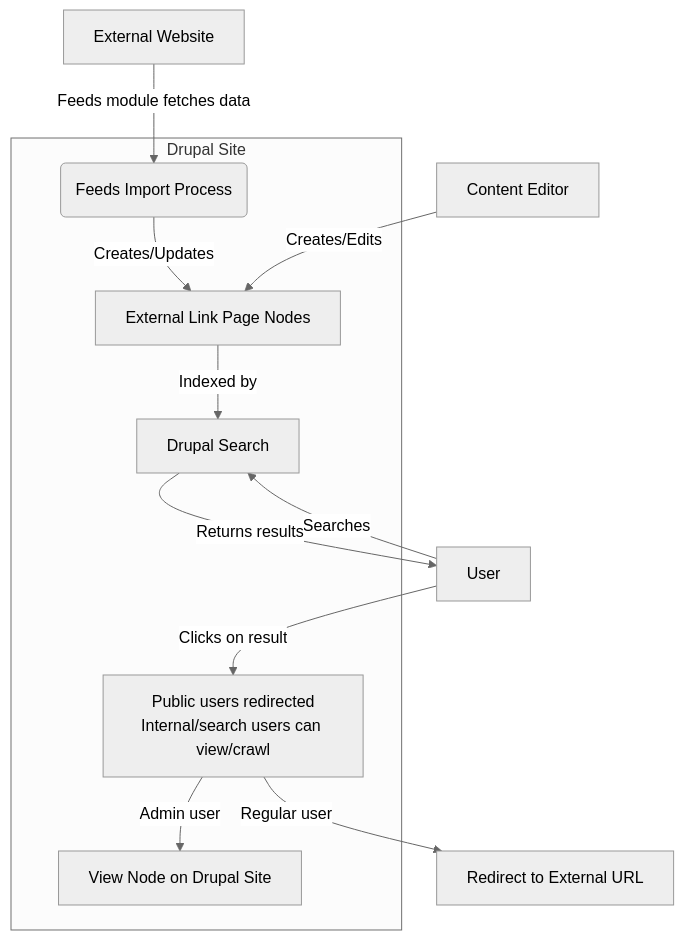
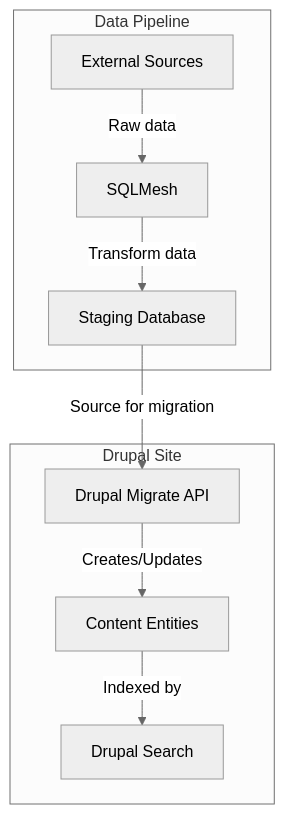
One commit to adonm/technology-outreach changed the diagram in Documents/DrupalImprovements.md. Above: the diagram before and after it, drawn with Mermaid (neutral theme). The commit also changed other lines of this file, not shown here.

First line of the commit message:
Update DrupalImprovements.md

````diff
--- a/Documents/DrupalImprovements.md
+++ b/Documents/DrupalImprovements.md
@@ -12,22 +7,20 @@
 ```mermaid
 graph TD
-    A[External Website] -->|Feeds module fetches data| B(Feeds Import Process)
-    B -->|Creates/Updates| C[External Link Page Nodes]
-    C -->|Indexed by| D[Drupal Search]
+    A[External Sources] -->|Raw data| B[SQLMesh]
+    B -->|Transform data| C[Staging Database]
+    C -->|Source for migration| D[Drupal Migrate API]
+    D -->|Creates/Updates| E[Content Entities]
+    E -->|Indexed by| F[Drupal Search]
     
-    E[User] -->|Searches| D
-    D -->|Returns results| E
-    E -->|Clicks on result| F[Public users redirected<br>Internal/search users can view/crawl]
-    F -->|Admin user| G[View Node on Drupal Site]
-    F -->|Regular user| H[Redirect to External URL]
-    
-    I[Content Editor] -->|Creates/Edits| C
+    subgraph Data Pipeline
+    A
+    B
+    C
+    end
     
     subgraph Drupal Site
-    B
-    C
     D
+    E
     F
-    G
     end
 ```
````
